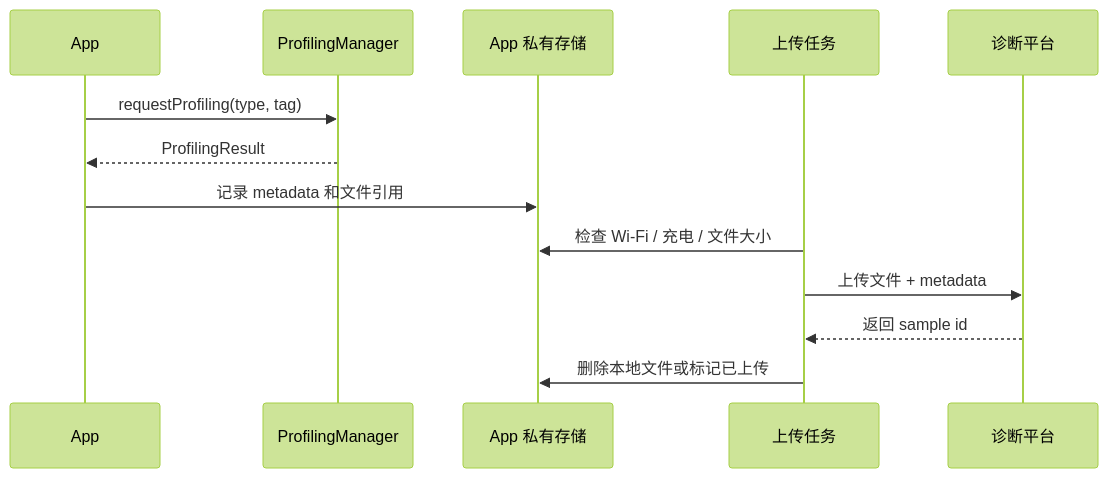
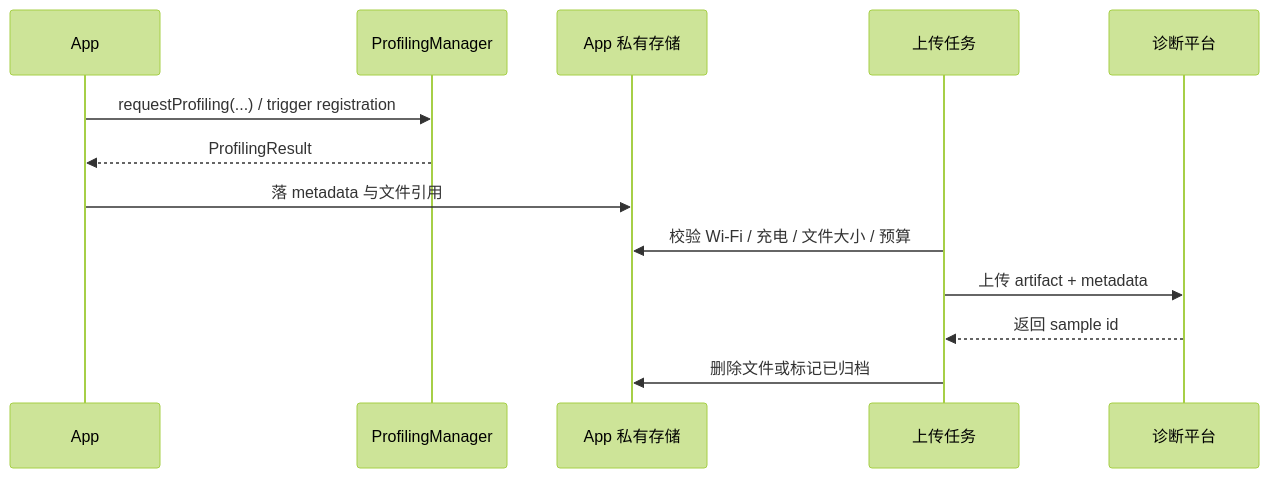
Before and after one commit to Gracker/android-internals-wiki: the diagram in src/part3-tools/ch19-apm/16-profiling-manager.md, drawn with Mermaid (forest theme). The commit also changed other lines of this file and 3 other files, not shown here.

````diff
--- a/src/part3-tools/ch19-apm/16-profiling-manager.md
+++ b/src/part3-tools/ch19-apm/16-profiling-manager.md
@@ -155,16 +172,16 @@
 ```mermaid
 sequenceDiagram
     participant App
-    participant System as ProfilingManager
+    participant PM as ProfilingManager
     participant Store as App 私有存储
     participant Upload as 上传任务
     participant Server as 诊断平台
 
-    App->>System: requestProfiling(type, tag)
-    System-->>App: ProfilingResult
-    App->>Store: 记录 metadata 和文件引用
-    Upload->>Store: 检查 Wi-Fi / 充电 / 文件大小
-    Upload->>Server: 上传文件 + metadata
+    App->>PM: requestProfiling(...) / trigger registration
+    PM-->>App: ProfilingResult
+    App->>Store: 落 metadata 与文件引用
+    Upload->>Store: 校验 Wi-Fi / 充电 / 文件大小 / 预算
+    Upload->>Server: 上传 artifact + metadata
     Server-->>Upload: 返回 sample id
-    Upload->>Store: 删除本地文件或标记已上传
+    Upload->>Store: 删除文件或标记已归档
 ```
````
